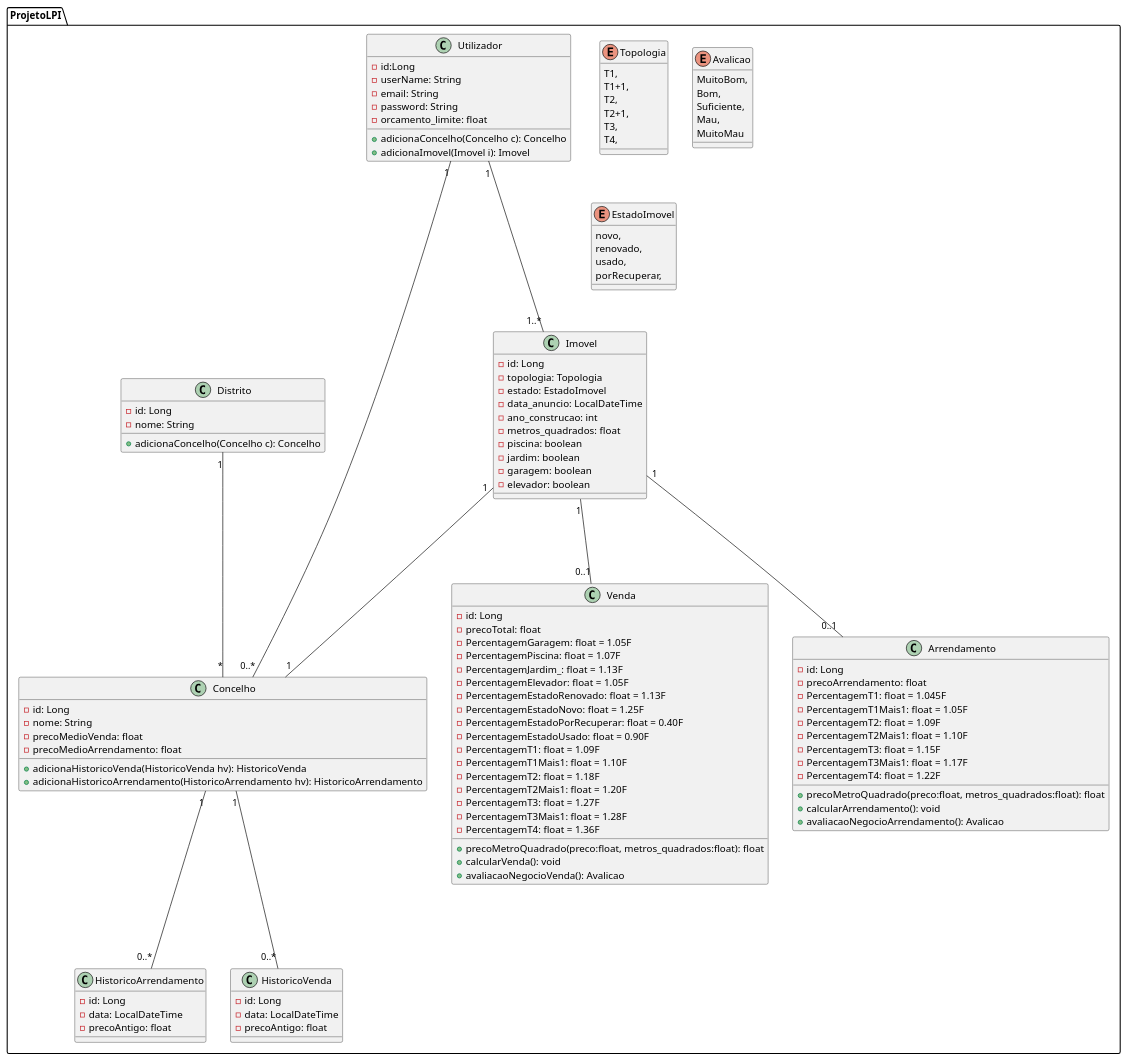
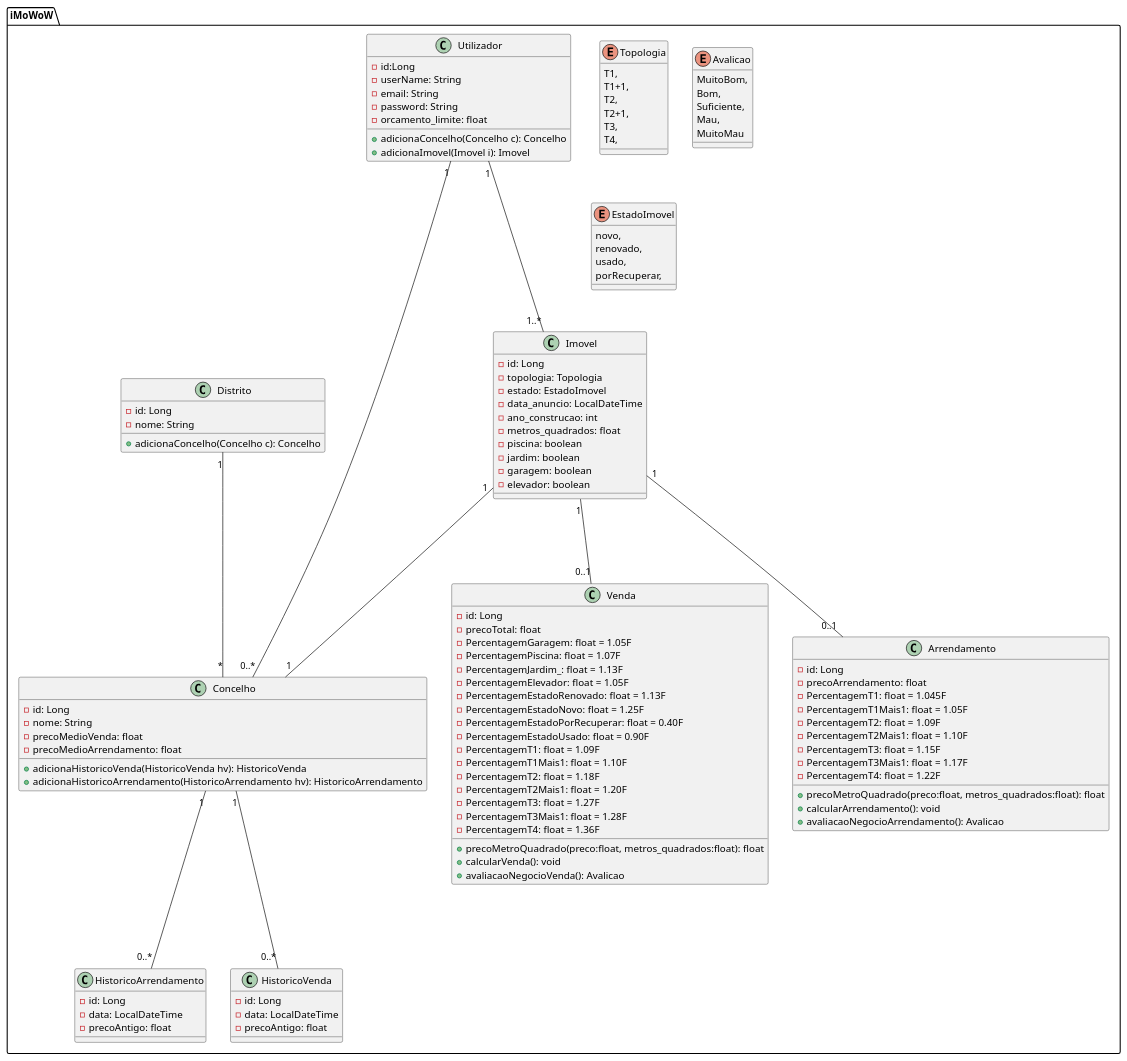
One commit to JorgeSilva97/ProjetoFinal-iMoWoW changed the diagram in src/main/Documentos/DiagramaClasses.puml. Above: the diagram before and after it, drawn with PlantUML. The commit also changed 3 other files, not shown here.

Commit message:
diagrama casos de uso

```diff
--- a/src/main/Documentos/DiagramaClasses.puml
+++ b/src/main/Documentos/DiagramaClasses.puml
@@ -2,138 +2,138 @@
 @startuml projeto
 
-package ProjetoLPI{
+package iMoWoW{
 
 
 class Utilizador
 {
     - id:Long
     - userName: String
     - email: String
     - password: String
     - orcamento_limite: float
     + adicionaConcelho(Concelho c): Concelho
     + adicionaImovel(Imovel i): Imovel
 }
 
 class Imovel
 {
     - id: Long
     - topologia: Topologia
     - estado: EstadoImovel
     - data_anuncio: LocalDateTime
     - ano_construcao: int
     - metros_quadrados: float
     - piscina: boolean
     - jardim: boolean
     - garagem: boolean
     - elevador: boolean
 }
 
 class Venda{
     - id: Long
     - precoTotal: float
     - PercentagemGaragem: float = 1.05F
     - PercentagemPiscina: float = 1.07F
     - PercentagemJardim_: float = 1.13F
     - PercentagemElevador: float = 1.05F
     - PercentagemEstadoRenovado: float = 1.13F
     - PercentagemEstadoNovo: float = 1.25F
     - PercentagemEstadoPorRecuperar: float = 0.40F
     - PercentagemEstadoUsado: float = 0.90F
     - PercentagemT1: float = 1.09F
     - PercentagemT1Mais1: float = 1.10F
     - PercentagemT2: float = 1.18F
     - PercentagemT2Mais1: float = 1.20F
     - PercentagemT3: float = 1.27F
     - PercentagemT3Mais1: float = 1.28F
     - PercentagemT4: float = 1.36F
     + precoMetroQuadrado(preco:float, metros_quadrados:float): float
     + calcularVenda(): void
     + avaliacaoNegocioVenda(): Avalicao
 }
 
 class Arrendamento{
     - id: Long
     - precoArrendamento: float
     - PercentagemT1: float = 1.045F
     - PercentagemT1Mais1: float = 1.05F
     - PercentagemT2: float = 1.09F
     - PercentagemT2Mais1: float = 1.10F
     - PercentagemT3: float = 1.15F
     - PercentagemT3Mais1: float = 1.17F
     - PercentagemT4: float = 1.22F
     + precoMetroQuadrado(preco:float, metros_quadrados:float): float
     + calcularArrendamento(): void
     + avaliacaoNegocioArrendamento(): Avalicao
 }
 
 class HistoricoArrendamento
 {
     - id: Long
     - data: LocalDateTime
     - precoAntigo: float
 }
 
 class HistoricoVenda
 {
     - id: Long
     - data: LocalDateTime
     - precoAntigo: float
 }
 
 class Concelho{
     - id: Long
     - nome: String
     - precoMedioVenda: float
     - precoMedioArrendamento: float
     + adicionaHistoricoVenda(HistoricoVenda hv): HistoricoVenda
     + adicionaHistoricoArrendamento(HistoricoArrendamento hv): HistoricoArrendamento
 }
 
 class Distrito
 {
     - id: Long
     - nome: String
     + adicionaConcelho(Concelho c): Concelho
 }
 
 enum Topologia{
     T1,
     T1+1,
     T2,
     T2+1,
     T3,
     T4,
 }
 
 enum Avalicao
 {
     MuitoBom,
     Bom,
     Suficiente,
     Mau,
     MuitoMau
 }
 
 enum EstadoImovel
 {
     novo,
     renovado,
     usado,
     porRecuperar,
 }
 
 
 
 Imovel "1" --- "0..1" Venda
 Imovel "1" --- "0..1" Arrendamento
 Imovel "1" --- "1" Concelho
 Utilizador "1" --- "1..*" Imovel
 Utilizador "1" --- "0..*" Concelho
 Distrito "1" --- "*" Concelho
 Concelho "1" --- "0..*" HistoricoVenda
 Concelho "1" --- "0..*" HistoricoArrendamento
 
 }
 
 @enduml
```
